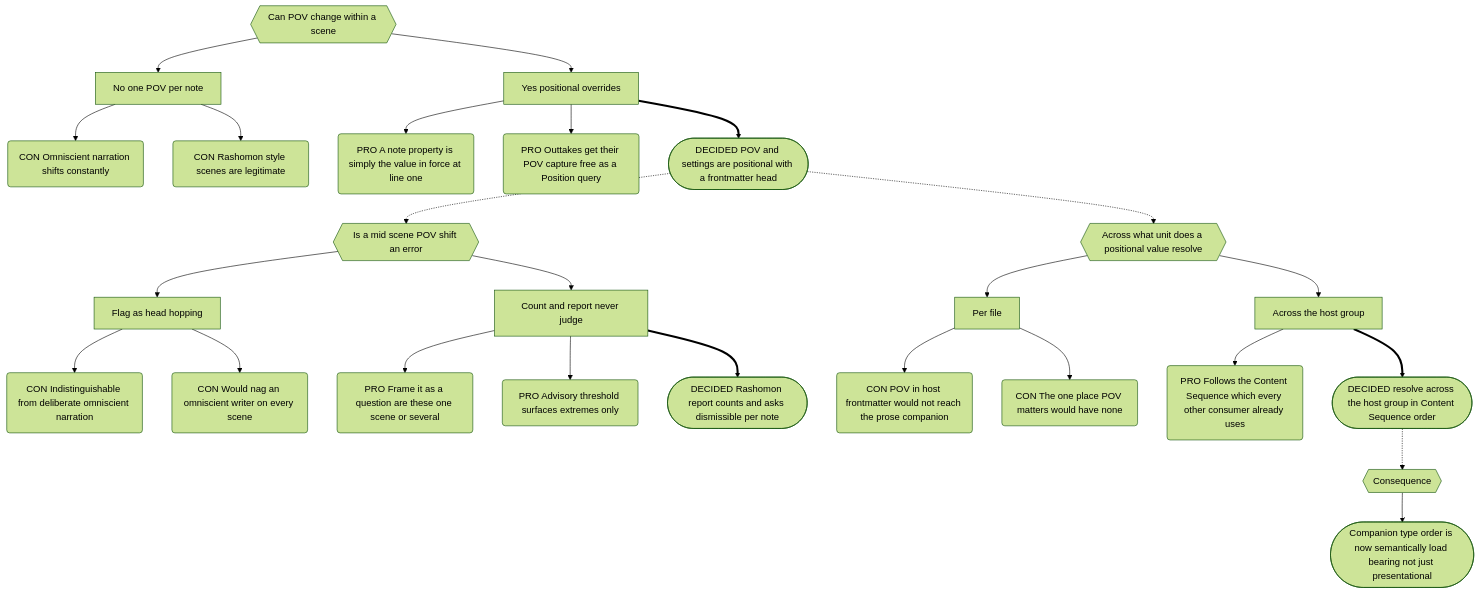
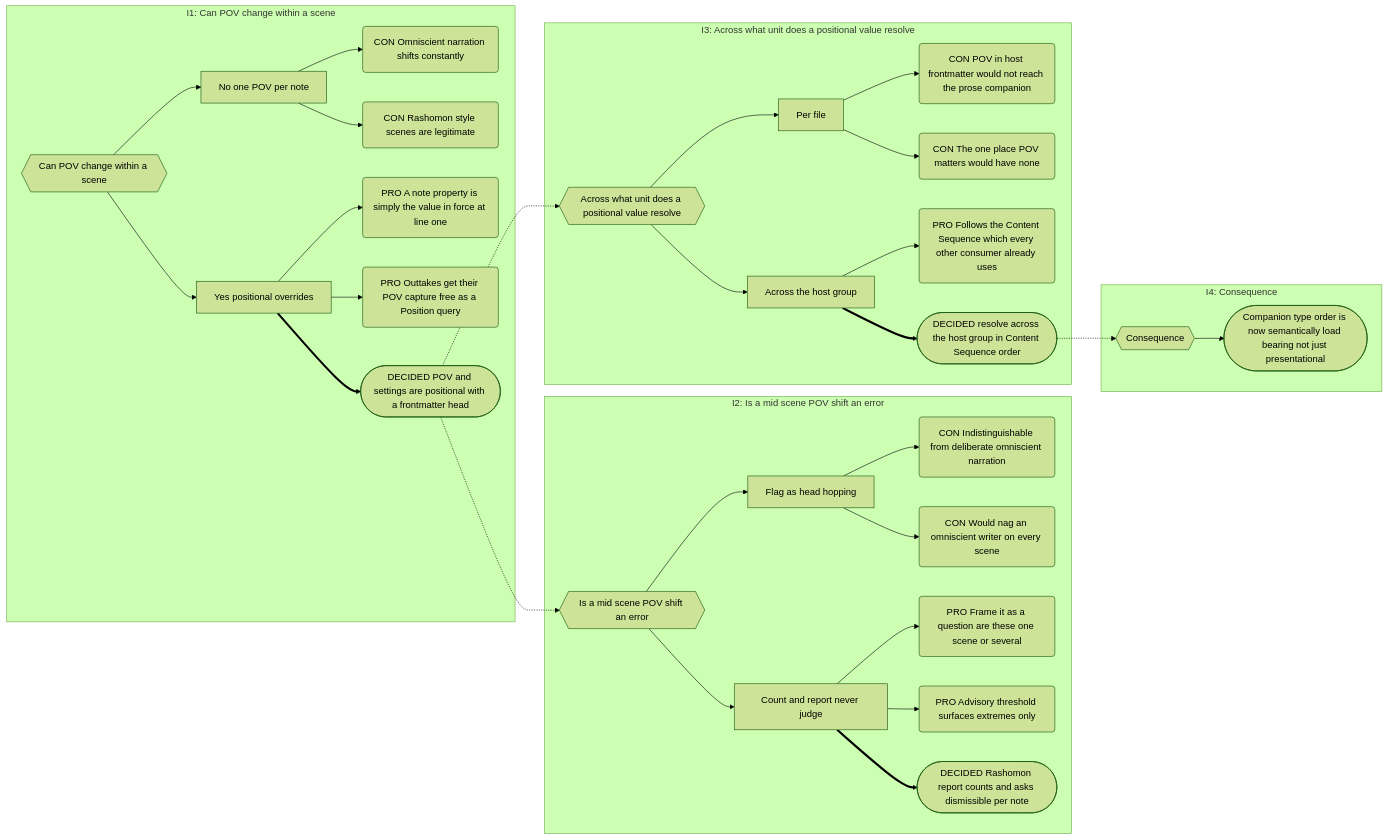
Before and after one commit to mlao-pdx/obsidian-plugin: the diagram in docs/spec/16-views.md, drawn with Mermaid (forest theme). The commit also changed other lines of this file and 10 other files, not shown here.

````diff
--- a/docs/spec/16-views.md
+++ b/docs/spec/16-views.md
@@ -239,52 +242,60 @@
 ```mermaid
-flowchart TD
-    I1{{Can POV change within a scene}}
-    P1[No one POV per note]
-    P2[Yes positional overrides]
-    I1 --> P1
-    I1 --> P2
-    C1(CON Omniscient narration shifts constantly)
-    C2(CON Rashomon style scenes are legitimate)
-    P1 --> C1
-    P1 --> C2
-    A1(PRO A note property is simply the value in force at line one)
-    A2(PRO Outtakes get their POV capture free as a Position query)
-    P2 --> A1
-    P2 --> A2
-    D1([DECIDED POV and settings are positional with a frontmatter head])
-    P2 ==> D1
+flowchart LR
+    subgraph S1["I1: Can POV change within a scene"]
+        I1{{Can POV change within a scene}}
+        P1[No one POV per note]
+        P2[Yes positional overrides]
+        I1 --> P1
+        I1 --> P2
+        C1(CON Omniscient narration shifts constantly)
+        C2(CON Rashomon style scenes are legitimate)
+        P1 --> C1
+        P1 --> C2
+        A1(PRO A note property is simply the value in force at line one)
+        A2(PRO Outtakes get their POV capture free as a Position query)
+        P2 --> A1
+        P2 --> A2
+        D1([DECIDED POV and settings are positional with a frontmatter head])
+        P2 ==> D1
+    end
     D1 -.-> I2
-    I2{{Is a mid scene POV shift an error}}
-    P3[Flag as head hopping]
-    P4[Count and report never judge]
-    I2 --> P3
-    I2 --> P4
-    C3(CON Indistinguishable from deliberate omniscient narration)
-    C4(CON Would nag an omniscient writer on every scene)
-    P3 --> C3
-    P3 --> C4
-    A3(PRO Frame it as a question are these one scene or several)
-    A4(PRO Advisory threshold surfaces extremes only)
-    P4 --> A3
-    P4 --> A4
-    D2([DECIDED Rashomon report counts and asks dismissible per note])
-    P4 ==> D2
+    subgraph S2["I2: Is a mid scene POV shift an error"]
+        I2{{Is a mid scene POV shift an error}}
+        P2a[Flag as head hopping]
+        P2b[Count and report never judge]
+        I2 --> P2a
+        I2 --> P2b
+        C2a(CON Indistinguishable from deliberate omniscient narration)
+        C2b(CON Would nag an omniscient writer on every scene)
+        P2a --> C2a
+        P2a --> C2b
+        A2a(PRO Frame it as a question are these one scene or several)
+        A2b(PRO Advisory threshold surfaces extremes only)
+        P2b --> A2a
+        P2b --> A2b
+        D2([DECIDED Rashomon report counts and asks dismissible per note])
+        P2b ==> D2
+    end
     D1 -.-> I3
-    I3{{Across what unit does a positional value resolve}}
-    P5[Per file]
-    P6[Across the host group]
-    I3 --> P5
-    I3 --> P6
-    C5(CON POV in host frontmatter would not reach the prose companion)
-    C6(CON The one place POV matters would have none)
-    P5 --> C5
-    P5 --> C6
-    A5(PRO Follows the Content Sequence which every other consumer already uses)
-    P6 --> A5
-    D3([DECIDED resolve across the host group in Content Sequence order])
-    P6 ==> D3
+    subgraph S3["I3: Across what unit does a positional value resolve"]
+        I3{{Across what unit does a positional value resolve}}
+        P3a[Per file]
+        P3b[Across the host group]
+        I3 --> P3a
+        I3 --> P3b
+        C3a(CON POV in host frontmatter would not reach the prose companion)
+        C3b(CON The one place POV matters would have none)
+        P3a --> C3a
+        P3a --> C3b
+        A3a(PRO Follows the Content Sequence which every other consumer already uses)
+        P3b --> A3a
+        D3([DECIDED resolve across the host group in Content Sequence order])
+        P3b ==> D3
+    end
     D3 -.-> I4
-    I4{{Consequence}}
-    D4([Companion type order is now semantically load bearing not just presentational])
-    I4 --> D4
+    subgraph S4["I4: Consequence"]
+        I4{{Consequence}}
+        D4([Companion type order is now semantically load bearing not just presentational])
+        I4 --> D4
+    end
 ```
````
